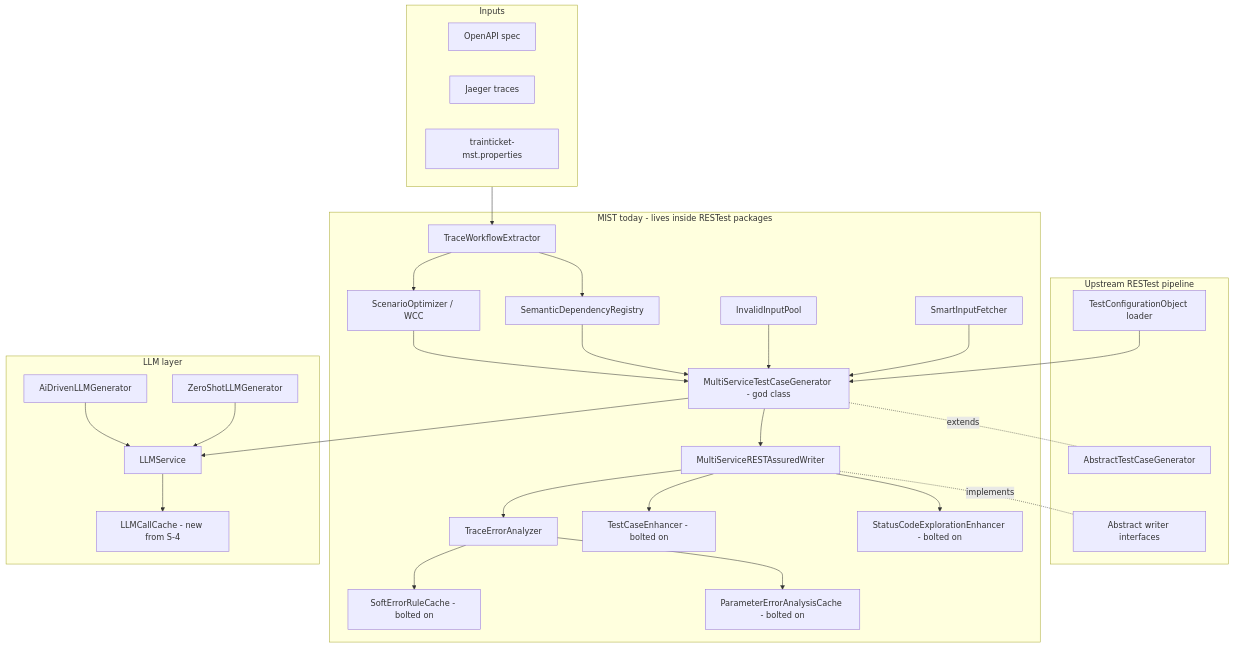
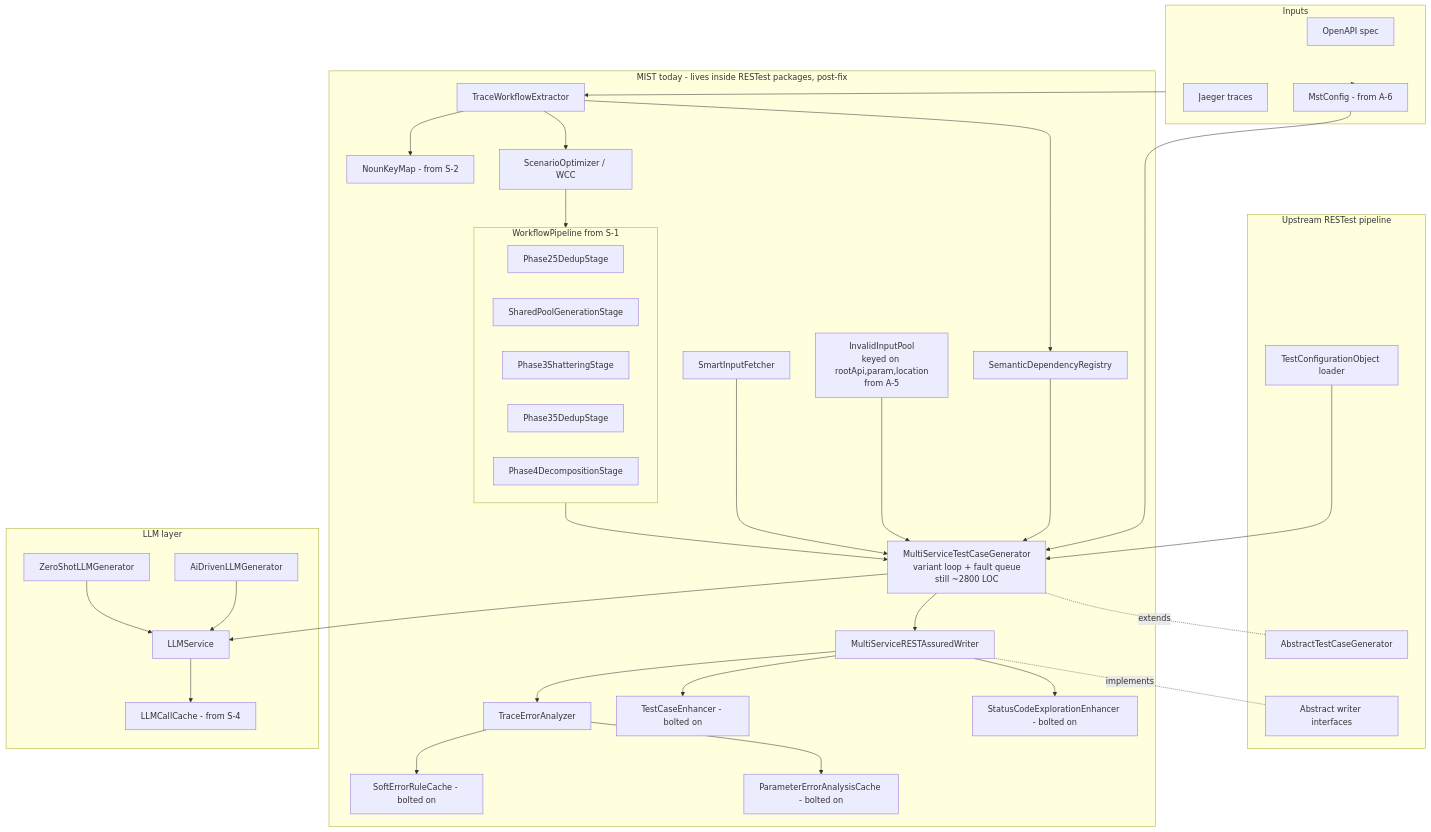
One commit to miaoti/Rest changed the first of 10 diagrams in docs/mst-plans/PATH_B_REBUILD_PLAN.md. Above: the diagram before and after it, drawn with Mermaid. The commit also changed other lines of this file, not shown here.

````diff
--- a/docs/mst-plans/PATH_B_REBUILD_PLAN.md
+++ b/docs/mst-plans/PATH_B_REBUILD_PLAN.md
@@ -176,57 +229,70 @@
 ```mermaid
 flowchart TB
     subgraph INPUT[Inputs]
         OAS[OpenAPI spec]
         TR[Jaeger traces]
         CFG[trainticket-mst.properties]
     end
 
     subgraph RESTEST[Upstream RESTest pipeline]
         ABS[AbstractTestCaseGenerator]
         SPEC[TestConfigurationObject loader]
         WR_ABS[Abstract writer interfaces]
     end
 
-    subgraph MIST_TODAY[MIST today - lives inside RESTest packages]
+    subgraph MIST_TODAY[MIST today - lives inside RESTest packages, post-fix]
+        CFG[MstConfig - from A-6]
+        NKM[NounKeyMap - from S-2]
         EXTR[TraceWorkflowExtractor]
         REG[SemanticDependencyRegistry]
         OPT[ScenarioOptimizer / WCC]
-        GEN[MultiServiceTestCaseGenerator - god class]
-        POOL[InvalidInputPool]
+        subgraph PIPE[WorkflowPipeline from S-1]
+            P25[Phase25DedupStage]
+            SPG[SharedPoolGenerationStage]
+            P3[Phase3ShatteringStage]
+            P35[Phase35DedupStage]
+            P4[Phase4DecompositionStage]
+        end
+        GEN[MultiServiceTestCaseGenerator<br/>variant loop + fault queue<br/>still ~2800 LOC]
+        POOL[InvalidInputPool<br/>keyed on rootApi,param,location<br/>from A-5]
         SF[SmartInputFetcher]
         WR[MultiServiceRESTAssuredWriter]
         ANALYZE[TraceErrorAnalyzer]
         CACHE_OE[SoftErrorRuleCache - bolted on]
         CACHE_PE[ParameterErrorAnalysisCache - bolted on]
         ENH[TestCaseEnhancer - bolted on]
         EXPL[StatusCodeExplorationEnhancer - bolted on]
     end
 
     subgraph LLM_LAYER[LLM layer]
         LLMSVC[LLMService]
         AID[AiDrivenLLMGenerator]
         ZERO[ZeroShotLLMGenerator]
-        CACHE_LLM[LLMCallCache - new from S-4]
+        CACHE_LLM[LLMCallCache - from S-4]
     end
 
+    INPUT --> CFG
+    CFG --> GEN
     INPUT --> EXTR
+    EXTR --> NKM
     EXTR --> REG
     EXTR --> OPT
-    OPT --> GEN
+    OPT --> PIPE
+    PIPE --> GEN
     REG --> GEN
     POOL --> GEN
     SF --> GEN
     GEN -. extends .- ABS
     SPEC --> GEN
     GEN --> WR
     WR -. implements .- WR_ABS
     WR --> ANALYZE
     ANALYZE --> CACHE_OE
     ANALYZE --> CACHE_PE
     WR --> ENH
     WR --> EXPL
     GEN --> LLMSVC
     AID --> LLMSVC
     ZERO --> LLMSVC
     LLMSVC --> CACHE_LLM
 ```
````
